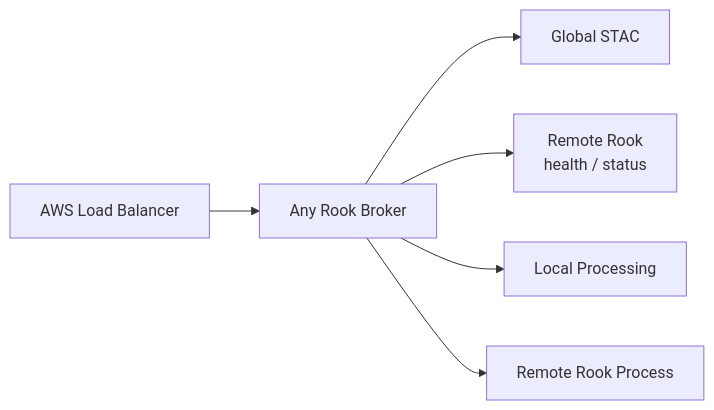
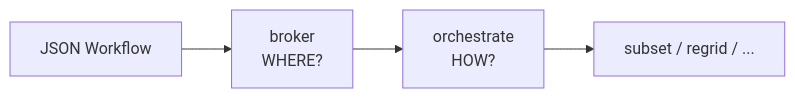
The fourth of 8 diagrams in ARCH_ESGF2.md (roocs/rook), drawn with Mermaid before and after one commit. The commit also changed other lines of this file, not shown here.

````diff
--- a/ARCH_ESGF2.md
+++ b/ARCH_ESGF2.md
@@ -77,17 +105,12 @@
 ```mermaid
 flowchart LR
-    LB[AWS Load Balancer]
-    Entry[Any Rook Broker]
-    STAC[Global STAC]
-    Health[Remote Rook<br/>health / status]
-    Local[Local Processing]
-    Remote[Remote Rook Process]
+    Workflow[JSON Workflow]
 
-    LB --> Entry
+    Broker[broker<br/>WHERE?]
+    Orchestrate[orchestrate<br/>HOW?]
+    Process[subset / regrid / ...]
 
-    Entry --> STAC
-    Entry --> Health
-
-    Entry --> Local
-    Entry --> Remote
+    Workflow --> Broker
+    Broker --> Orchestrate
+    Orchestrate --> Process
 ```
````
